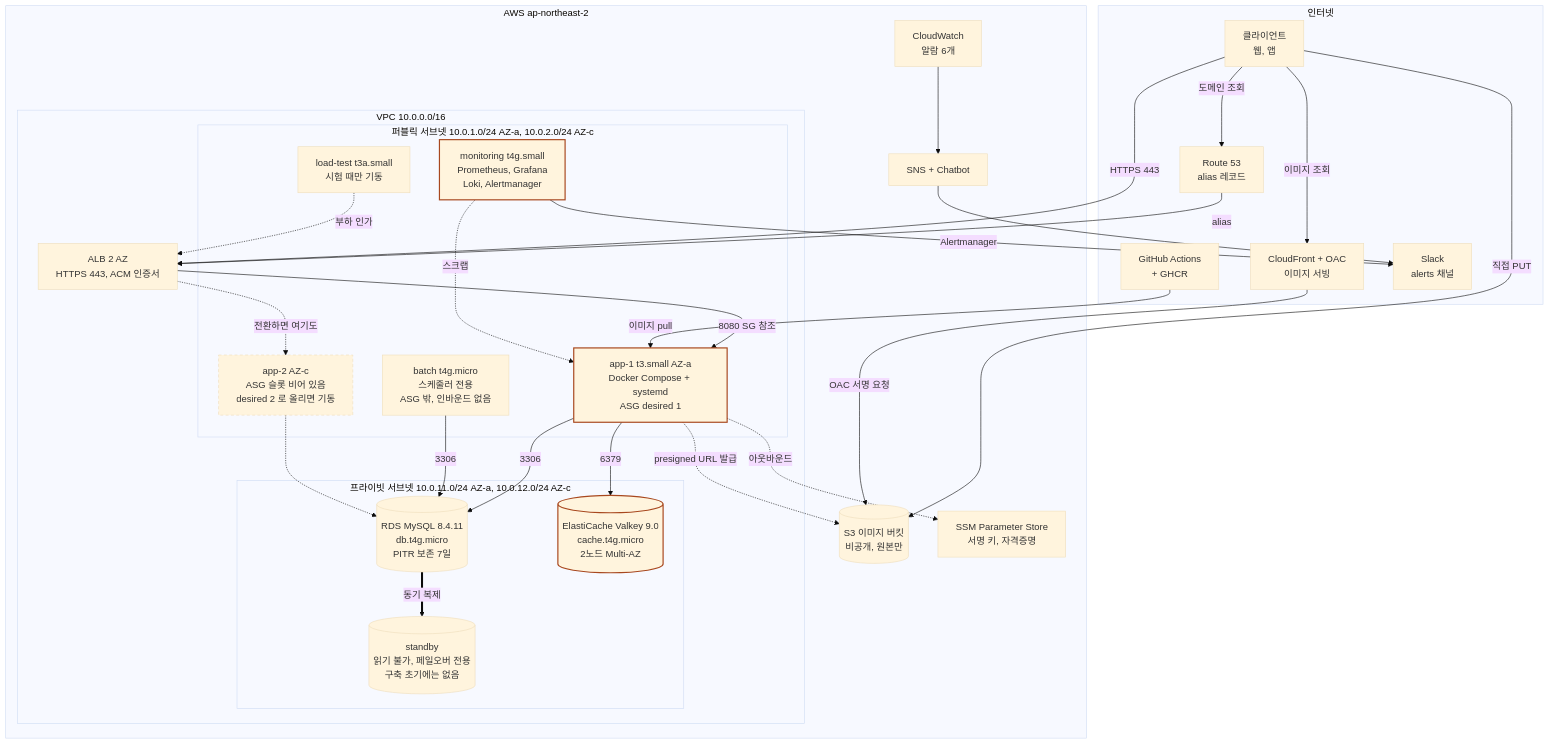
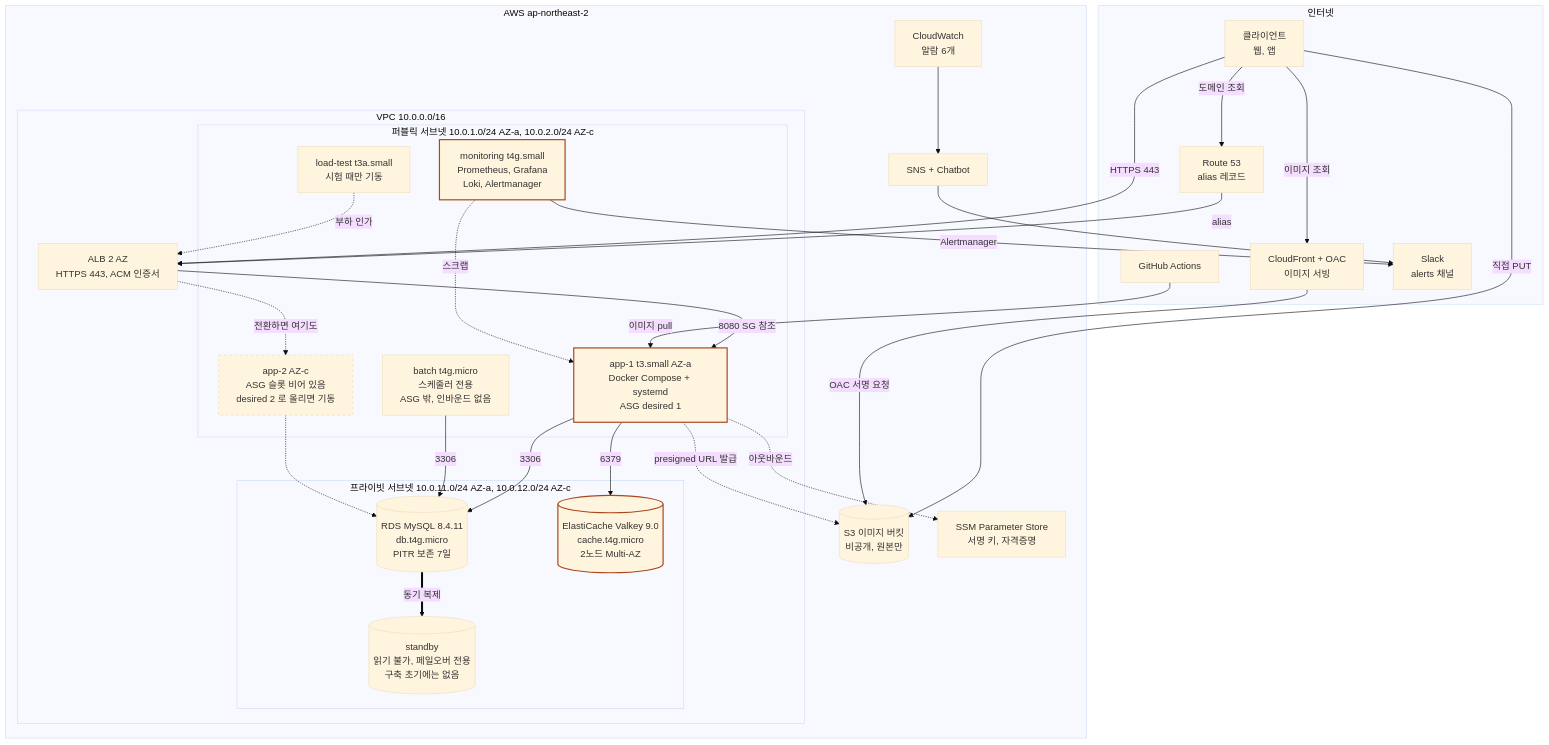
One commit to fresh-market/fm-infra changed the first of 10 diagrams in docs/system-design/백엔드공통_시스템디자인_종합.md. Above: the diagram before and after it, drawn with Mermaid (base theme). The commit also changed other lines of this file and 7 other files, not shown here.

````diff
--- a/docs/system-design/백엔드공통_시스템디자인_종합.md
+++ b/docs/system-design/백엔드공통_시스템디자인_종합.md
@@ -10,61 +10,61 @@
 ```mermaid
 graph TB
     subgraph internet["인터넷"]
         U["클라이언트<br/>웹, 앱"]
         R53["Route 53<br/>alias 레코드"]
         CFT["CloudFront + OAC<br/>이미지 서빙"]
-        GH["GitHub Actions<br/>+ GHCR"]
+        GH["GitHub Actions"]
         SLK["Slack<br/>alerts 채널"]
     end
 
     subgraph aws["AWS ap-northeast-2"]
         S3I[("S3 이미지 버킷<br/>비공개, 원본만")]
         SSM["SSM Parameter Store<br/>서명 키, 자격증명"]
         CWA["CloudWatch<br/>알람 6개"]
         SNS["SNS + Chatbot"]
 
         subgraph vpc["VPC 10.0.0.0/16"]
             ALB["ALB 2 AZ<br/>HTTPS 443, ACM 인증서"]
 
             subgraph pub["퍼블릭 서브넷 10.0.1.0/24 AZ-a, 10.0.2.0/24 AZ-c"]
                 APP1["app-1 t3.small AZ-a<br/>Docker Compose + systemd<br/>ASG desired 1"]
                 APP2["app-2 AZ-c<br/>ASG 슬롯 비어 있음<br/>desired 2 로 올리면 기동"]
                 MON["monitoring t4g.small<br/>Prometheus, Grafana<br/>Loki, Alertmanager"]
                 BAT["batch t4g.micro<br/>스케줄러 전용<br/>ASG 밖, 인바운드 없음"]
                 LTI["load-test t3a.small<br/>시험 때만 기동"]
             end
 
             subgraph pri["프라이빗 서브넷 10.0.11.0/24 AZ-a, 10.0.12.0/24 AZ-c"]
                 RDS1[("RDS MySQL 8.4.11<br/>db.t4g.micro<br/>PITR 보존 7일")]
                 RDS2[("standby<br/>읽기 불가, 페일오버 전용<br/>구축 초기에는 없음")]
                 CACHE[("ElastiCache Valkey 9.0<br/>cache.t4g.micro<br/>2노드 Multi-AZ")]
             end
         end
     end
 
     U -->|도메인 조회| R53
     R53 -->|alias| ALB
     U -->|HTTPS 443| ALB
     ALB -->|8080 SG 참조| APP1
     APP1 -->|3306| RDS1
     APP1 -->|6379| CACHE
     RDS1 ==>|동기 복제| RDS2
     APP1 -.->|presigned URL 발급| S3I
     U -->|직접 PUT| S3I
     U -->|이미지 조회| CFT
     CFT -->|OAC 서명 요청| S3I
     APP1 -.->|아웃바운드| SSM
     BAT -->|3306| RDS1
     GH -->|이미지 pull| APP1
     MON -.->|스크랩| APP1
     MON -->|Alertmanager| SLK
     CWA --> SNS --> SLK
     LTI -.->|부하 인가| ALB
     ALB -.->|전환하면 여기도| APP2
     APP2 -.-> RDS1
 
     classDef spof stroke:#A8481F,stroke-width:2px;
     class APP1,CACHE,MON spof;
     classDef idle stroke-dasharray:5 4;
     class APP2 idle;
 ```
````
